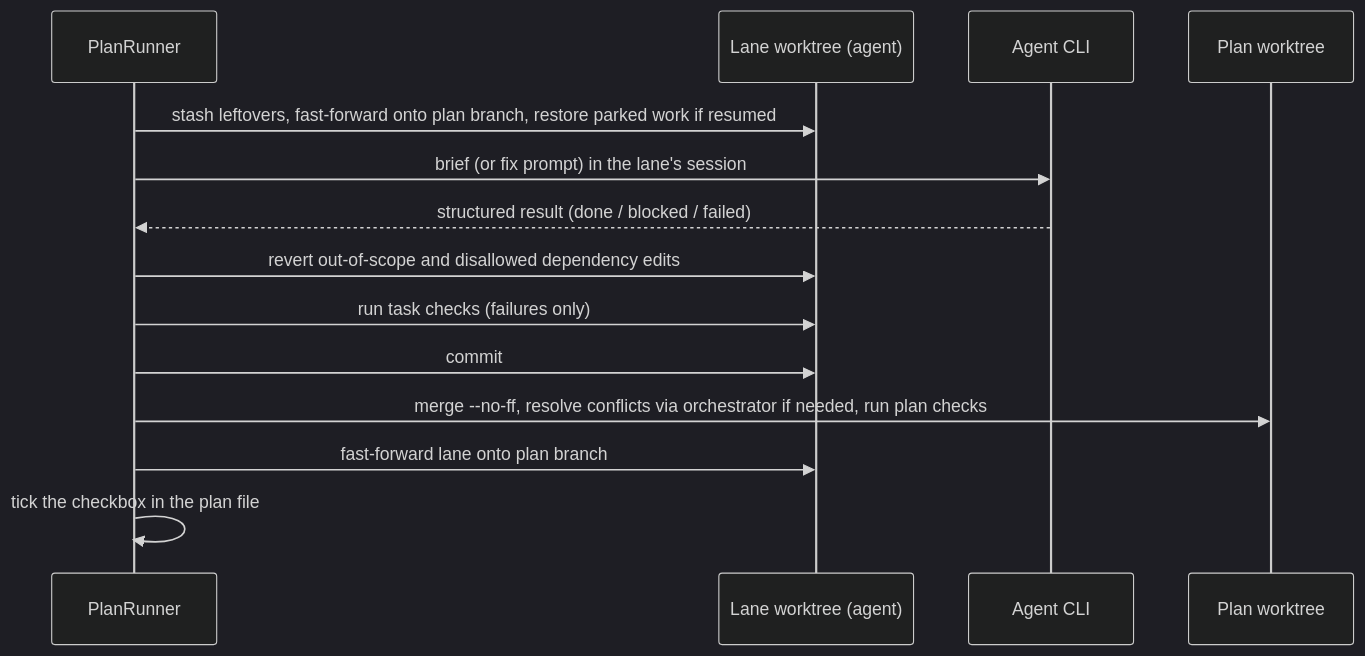
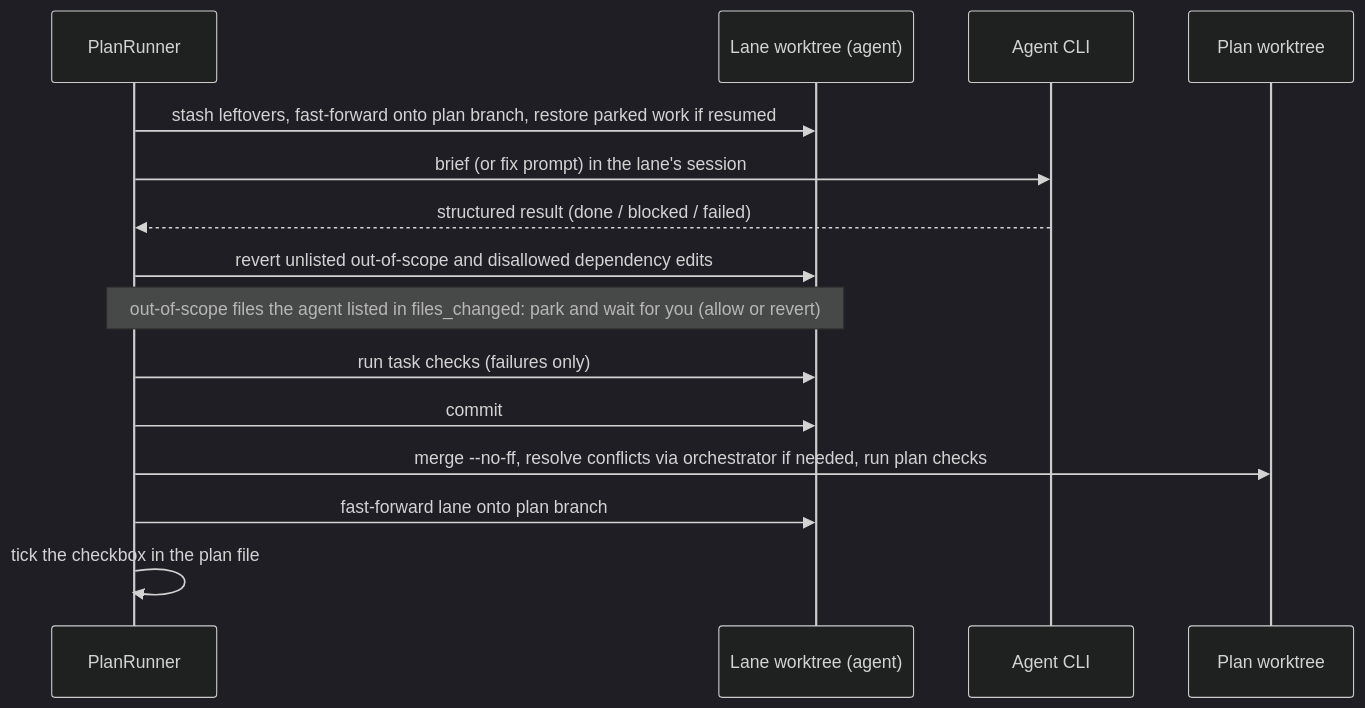
Before and after one commit to kehuydietlatoi/harnessOrch: the second of 3 diagrams in docs/architecture.md, drawn with Mermaid (dark theme). The commit also changed other lines of this file and 22 other files, not shown here.

````diff
--- a/docs/architecture.md
+++ b/docs/architecture.md
@@ -85,16 +85,17 @@
 ```mermaid
 sequenceDiagram
   participant R as PlanRunner
   participant L as Lane worktree (agent)
   participant A as Agent CLI
   participant P as Plan worktree
   R->>L: stash leftovers, fast-forward onto plan branch, restore parked work if resumed
   R->>A: brief (or fix prompt) in the lane's session
   A-->>R: structured result (done / blocked / failed)
-  R->>L: revert out-of-scope and disallowed dependency edits
+  R->>L: revert unlisted out-of-scope and disallowed dependency edits
+  Note over R,L: out-of-scope files the agent listed in files_changed: park and wait for you (allow or revert)
   R->>L: run task checks (failures only)
   R->>L: commit
   R->>P: merge --no-ff, resolve conflicts via orchestrator if needed, run plan checks
   R->>L: fast-forward lane onto plan branch
   R->>R: tick the checkbox in the plan file
 ```
````
